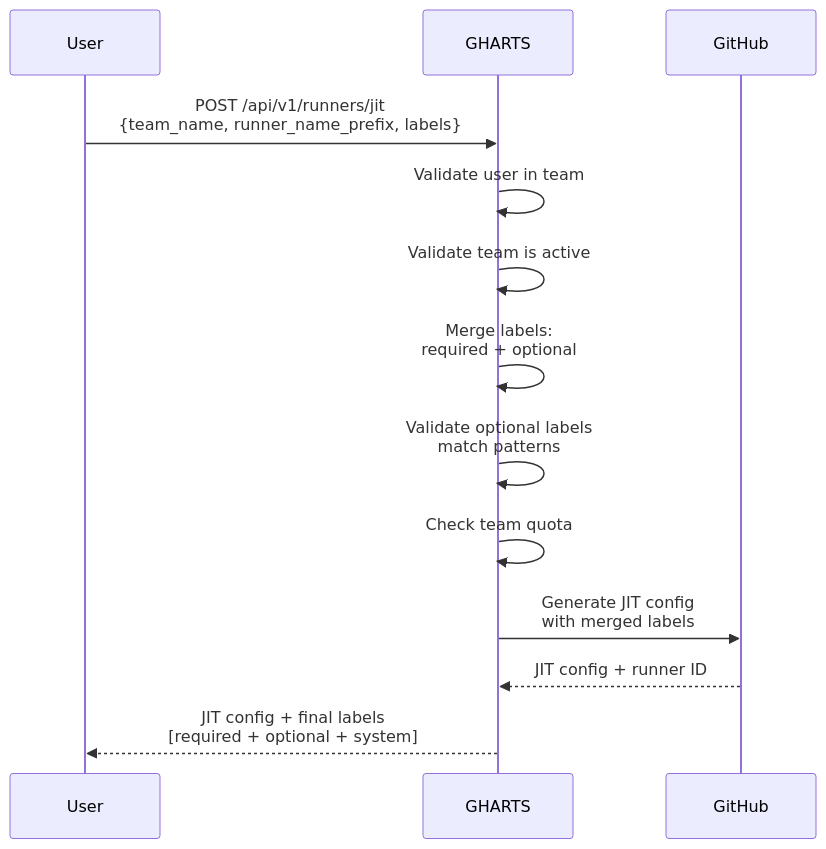
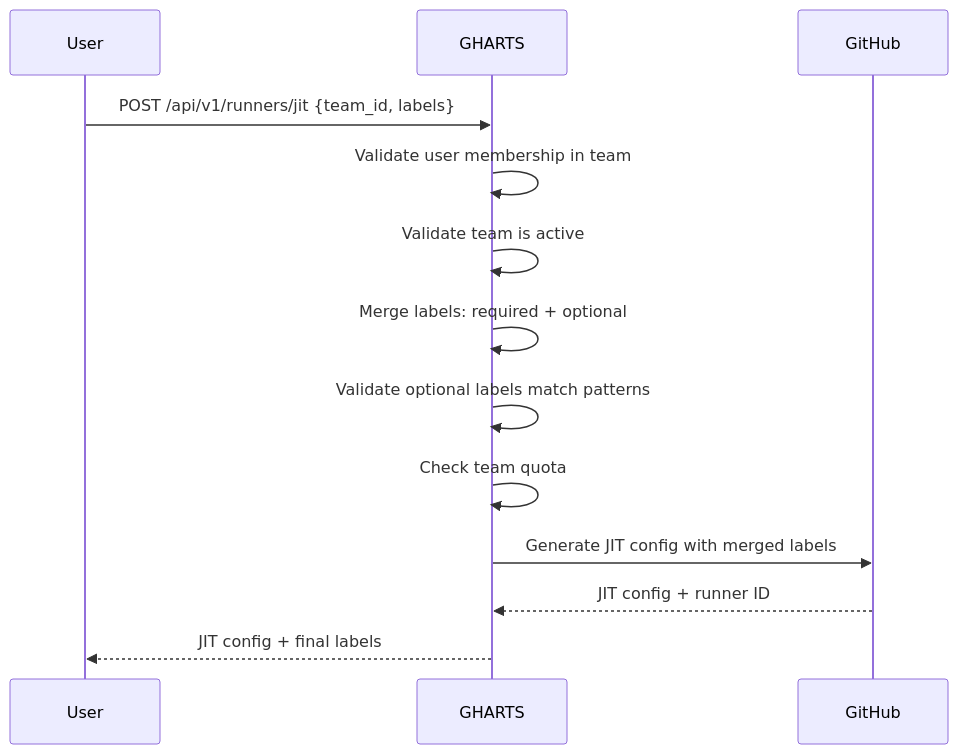
One commit to afrittoli/gha-runner-token-service changed the third of 3 diagrams in docs/design/team_based_authorization.md. Above: the diagram before and after it, drawn with Mermaid. The commit also changed other lines of this file and 31 other files, not shown here.

````diff
--- a/docs/design/team_based_authorization.md
+++ b/docs/design/team_based_authorization.md
@@ -69,19 +150,16 @@
 ```mermaid
 sequenceDiagram
     participant User
     participant GHARTS
     participant GitHub
 
-    User->>GHARTS: POST /api/v1/runners/jit<br/>{team_name, runner_name_prefix, labels}
-    
-    GHARTS->>GHARTS: Validate user in team
+    User->>GHARTS: POST /api/v1/runners/jit {team_id, labels}
+    GHARTS->>GHARTS: Validate user membership in team
     GHARTS->>GHARTS: Validate team is active
-    GHARTS->>GHARTS: Merge labels:<br/>required + optional
-    GHARTS->>GHARTS: Validate optional labels<br/>match patterns
+    GHARTS->>GHARTS: Merge labels: required + optional
+    GHARTS->>GHARTS: Validate optional labels match patterns
     GHARTS->>GHARTS: Check team quota
-    
-    GHARTS->>GitHub: Generate JIT config<br/>with merged labels
+    GHARTS->>GitHub: Generate JIT config with merged labels
     GitHub-->>GHARTS: JIT config + runner ID
-    
-    GHARTS-->>User: JIT config + final labels<br/>[required + optional + system]
+    GHARTS-->>User: JIT config + final labels
 ```
````
